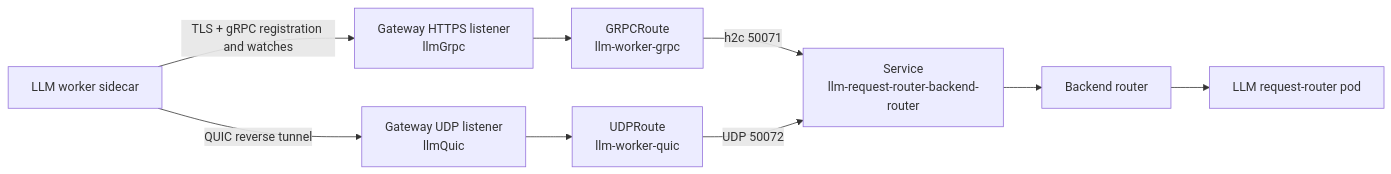
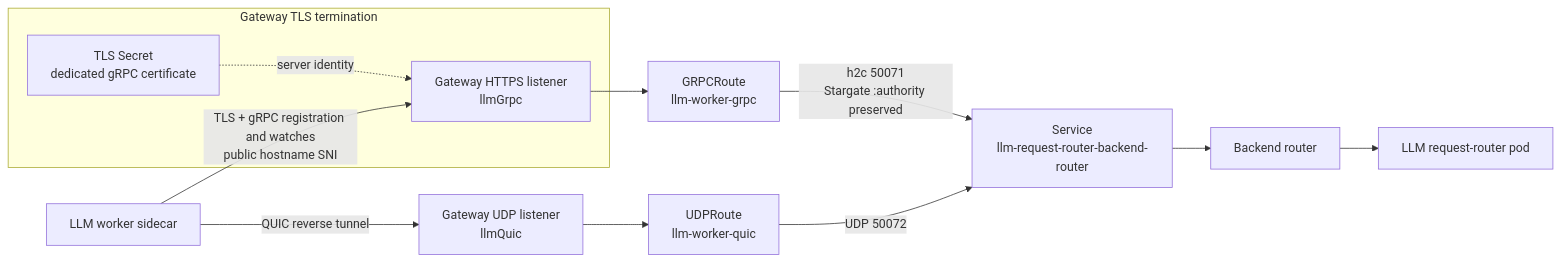
Before and after one commit to k402xxxcenxxx/nvcf: the diagram in docs/user/gateway-routing.md, drawn with Mermaid. The commit also changed other lines of this file and 1 other file, not shown here.

Commit message:
docs(llm): clarify secure worker routing

````diff
--- a/docs/user/gateway-routing.md
+++ b/docs/user/gateway-routing.md
@@ -245,20 +245,24 @@
 ```mermaid
 flowchart LR
     Worker["LLM worker sidecar"]
-    HttpsListener["Gateway HTTPS listener<br/>llmGrpc"]
+    subgraph GatewayTls["Gateway TLS termination"]
+        Certificate["TLS Secret<br/>dedicated gRPC certificate"]
+        HttpsListener["Gateway HTTPS listener<br/>llmGrpc"]
+    end
     GrpcRoute["GRPCRoute<br/>llm-worker-grpc"]
     UdpListener["Gateway UDP listener<br/>llmQuic"]
     UdpRoute["UDPRoute<br/>llm-worker-quic"]
     Service["Service<br/>llm-request-router-backend-router"]
     Backend["Backend router"]
     Router["LLM request-router pod"]
 
-    Worker -->|"TLS + gRPC registration and watches"| HttpsListener
+    Certificate -.->|"server identity"| HttpsListener
+    Worker -->|"TLS + gRPC registration and watches<br/>public hostname SNI"| HttpsListener
     HttpsListener --> GrpcRoute
-    GrpcRoute -->|"h2c 50071"| Service
+    GrpcRoute -->|"h2c 50071<br/>Stargate :authority preserved"| Service
     Worker -->|"QUIC reverse tunnel"| UdpListener
     UdpListener --> UdpRoute
     UdpRoute -->|"UDP 50072"| Service
     Service --> Backend
     Backend --> Router
 ```
````
